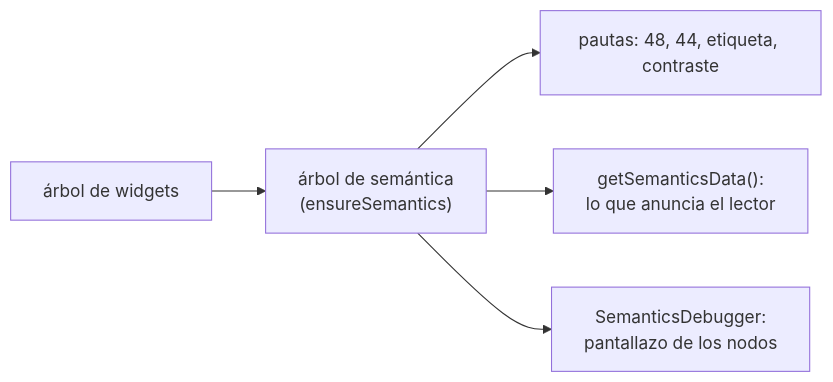
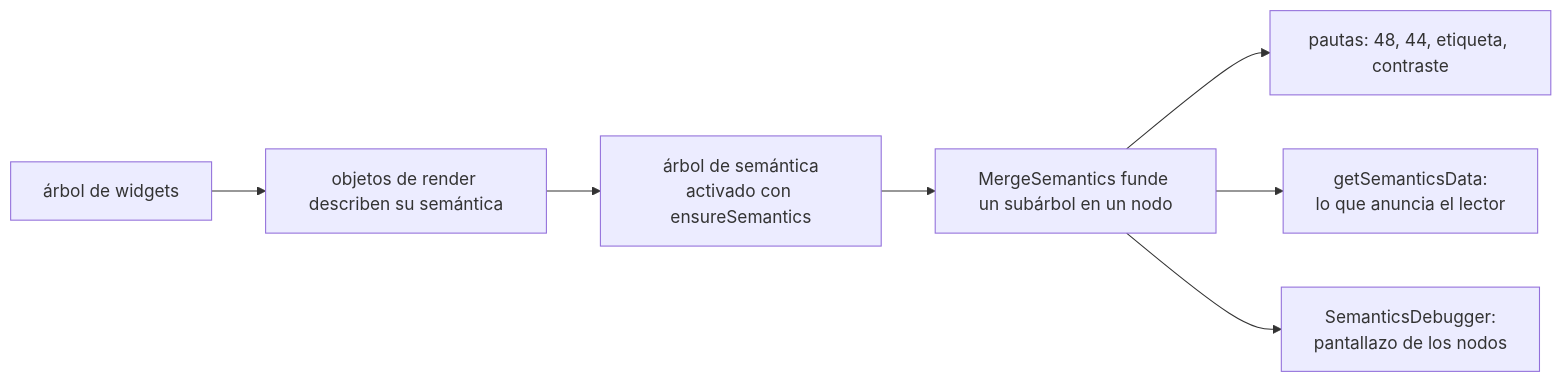
One commit to NICORUIZ93/The_Imperial_Book changed the third of 4 diagrams in web/public/content/flutter/modulo-10.md. Above: the diagram before and after it, drawn with Mermaid. The commit also changed other lines of this file and 65 other files, not shown here.

````diff
--- a/web/public/content/flutter/modulo-10.md
+++ b/web/public/content/flutter/modulo-10.md
@@ -793,7 +1026,9 @@
 ```mermaid
 flowchart LR
-    W["árbol de widgets"] --> S["árbol de semántica<br/>(ensureSemantics)"]
-    S --> P["pautas: 48, 44, etiqueta, contraste"]
-    S --> D["getSemanticsData():<br/>lo que anuncia el lector"]
-    S --> V["SemanticsDebugger:<br/>pantallazo de los nodos"]
+    W["árbol de widgets"] --> R["objetos de render describen su semántica"]
+    R --> S["árbol de semántica<br/>activado con ensureSemantics"]
+    S --> M["MergeSemantics funde un subárbol en un nodo"]
+    M --> P["pautas: 48, 44, etiqueta, contraste"]
+    M --> D["getSemanticsData:<br/>lo que anuncia el lector"]
+    M --> V["SemanticsDebugger:<br/>pantallazo de los nodos"]
 ```
````
